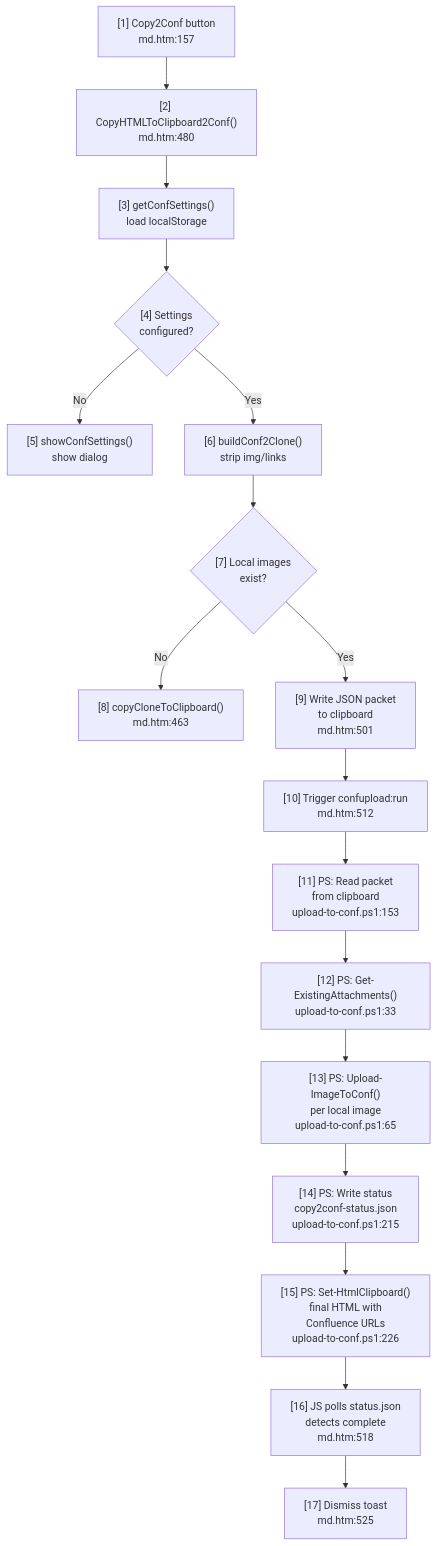
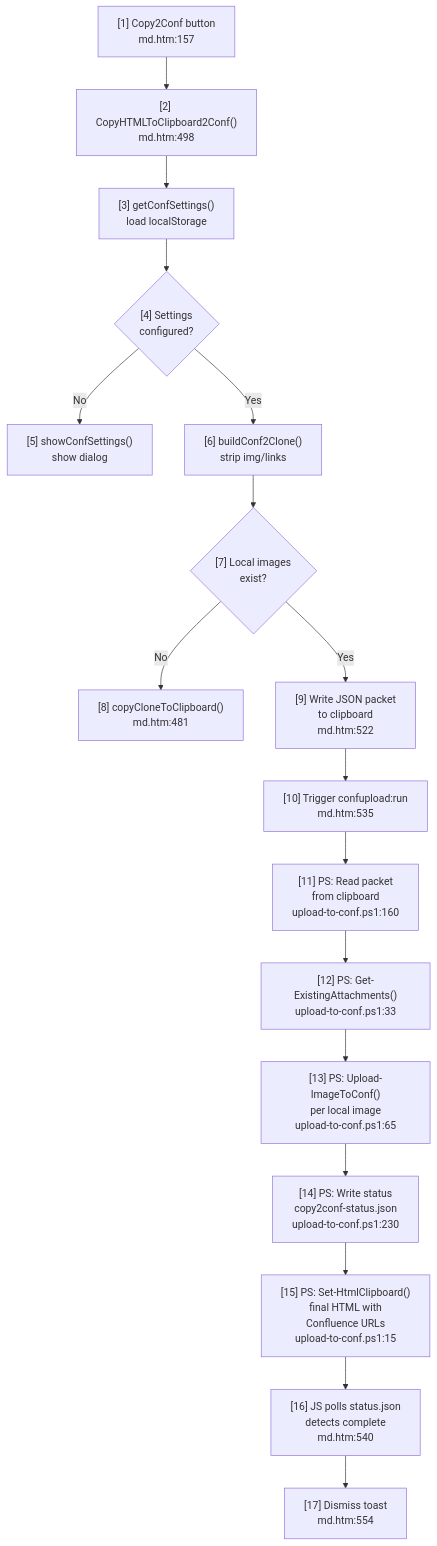
The diagram in agents/planner-copy2conf.md (oneman93/md), drawn with Mermaid before and after one commit. The commit also changed other lines of this file and 28 other files, not shown here.

Commit message:
v4.1.1 Copy2Conf is done

````diff
--- a/agents/planner-copy2conf.md
+++ b/agents/planner-copy2conf.md
@@ -77,19 +77,19 @@
 ```mermaid
 flowchart TD
-    A["[1] Copy2Conf button\nmd.htm:157"] --> B["[2] CopyHTMLToClipboard2Conf()\nmd.htm:480"]
+    A["[1] Copy2Conf button\nmd.htm:157"] --> B["[2] CopyHTMLToClipboard2Conf()\nmd.htm:498"]
     B --> C["[3] getConfSettings()\nload localStorage"]
     C --> D{"[4] Settings\nconfigured?"}
     D -- No --> E["[5] showConfSettings()\nshow dialog"]
     D -- Yes --> F["[6] buildConf2Clone()\nstrip img/links"]
     F --> G{"[7] Local images\nexist?"}
-    G -- No --> H["[8] copyCloneToClipboard()\nmd.htm:463"]
-    G -- Yes --> I["[9] Write JSON packet\nto clipboard\nmd.htm:501"]
-    I --> J["[10] Trigger confupload:run\nmd.htm:512"]
-    J --> K["[11] PS: Read packet\nfrom clipboard\nupload-to-conf.ps1:153"]
+    G -- No --> H["[8] copyCloneToClipboard()\nmd.htm:481"]
+    G -- Yes --> I["[9] Write JSON packet\nto clipboard\nmd.htm:522"]
+    I --> J["[10] Trigger confupload:run\nmd.htm:535"]
+    J --> K["[11] PS: Read packet\nfrom clipboard\nupload-to-conf.ps1:160"]
     K --> L["[12] PS: Get-ExistingAttachments()\nupload-to-conf.ps1:33"]
     L --> M["[13] PS: Upload-ImageToConf()\nper local image\nupload-to-conf.ps1:65"]
-    M --> N["[14] PS: Write status\ncopy2conf-status.json\nupload-to-conf.ps1:215"]
-    N --> O["[15] PS: Set-HtmlClipboard()\nfinal HTML with\nConfluence URLs\nupload-to-conf.ps1:226"]
-    O --> P["[16] JS polls status.json\ndetects complete\nmd.htm:518"]
-    P --> Q["[17] Dismiss toast\nmd.htm:525"]
+    M --> N["[14] PS: Write status\ncopy2conf-status.json\nupload-to-conf.ps1:230"]
+    N --> O["[15] PS: Set-HtmlClipboard()\nfinal HTML with\nConfluence URLs\nupload-to-conf.ps1:15"]
+    O --> P["[16] JS polls status.json\ndetects complete\nmd.htm:540"]
+    P --> Q["[17] Dismiss toast\nmd.htm:554"]
 ```
````
